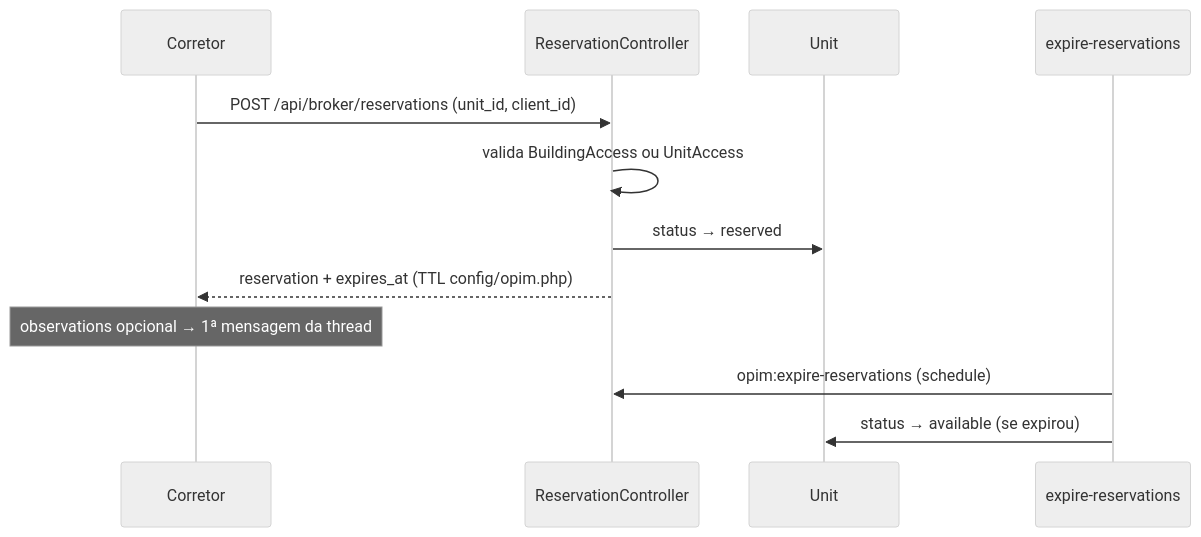
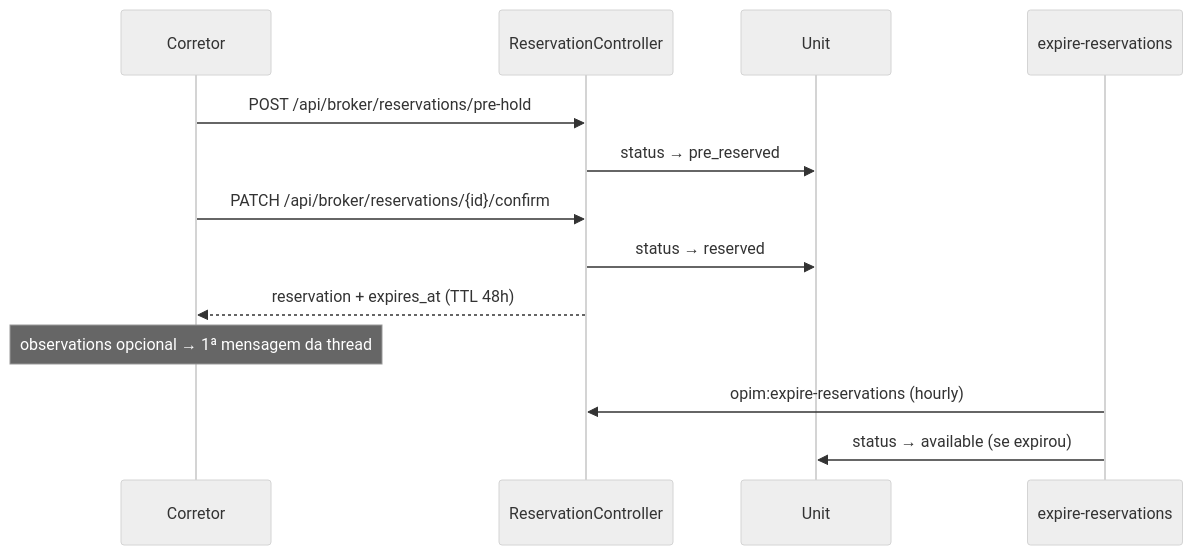
Before and after one commit to laerciocrestani/oportalimobiliario: the second of 9 diagrams in .specs/codebase/FLOWS.md, drawn with Mermaid (neutral theme). The commit also changed other lines of this file and 52 other files, not shown here.

````diff
--- a/.specs/codebase/FLOWS.md
+++ b/.specs/codebase/FLOWS.md
@@ -35,15 +37,16 @@
 ```mermaid
 sequenceDiagram
     participant B as Corretor
     participant API as ReservationController
     participant U as Unit
     participant CMD as expire-reservations
 
-    B->>API: POST /api/broker/reservations (unit_id, client_id)
-    API->>API: valida BuildingAccess ou UnitAccess
+    B->>API: POST /api/broker/reservations/pre-hold
+    API->>U: status → pre_reserved
+    B->>API: PATCH /api/broker/reservations/{id}/confirm
     API->>U: status → reserved
-    API-->>B: reservation + expires_at (TTL config/opim.php)
+    API-->>B: reservation + expires_at (TTL 48h)
     Note over B: observations opcional → 1ª mensagem da thread
-    CMD->>API: opim:expire-reservations (schedule)
+    CMD->>API: opim:expire-reservations (hourly)
     CMD->>U: status → available (se expirou)
 ```
````
